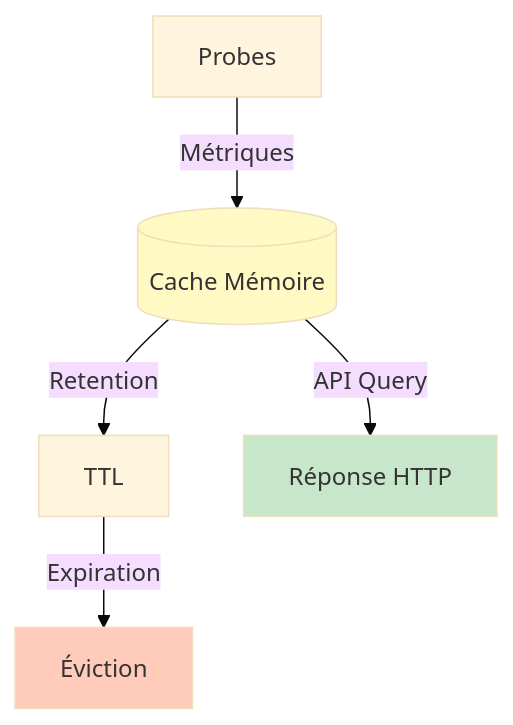
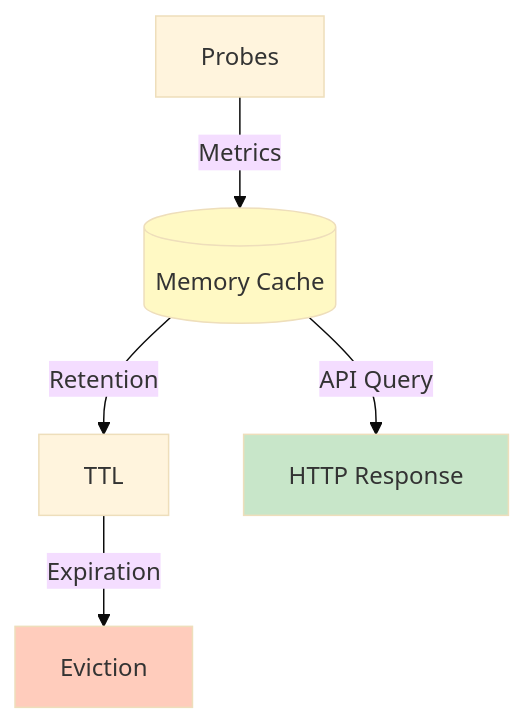
One commit to senhub-io/senhub-agent changed the fifth of 5 diagrams in docs/user-guide/AGENT-CONFIGURATION.md. Above: the diagram before and after it, drawn with Mermaid (base theme). The commit also changed other lines of this file and 3 other files, not shown here.

````diff
--- a/docs/user-guide/AGENT-CONFIGURATION.md
+++ b/docs/user-guide/AGENT-CONFIGURATION.md
@@ -618,12 +618,12 @@
 ```mermaid
 graph TB
-    P[Probes] -->|Métriques| C[(Cache Mémoire)]
+    P[Probes] -->|Metrics| C[(Memory Cache)]
     C -->|Retention| T[TTL]
-    T -->|Expiration| E[Éviction]
+    T -->|Expiration| E[Eviction]
 
-    C -->|API Query| R[Réponse HTTP]
+    C -->|API Query| R[HTTP Response]
 
     style C fill:#fff9c4
     style E fill:#ffccbc
     style R fill:#c8e6c9
 ```
````
